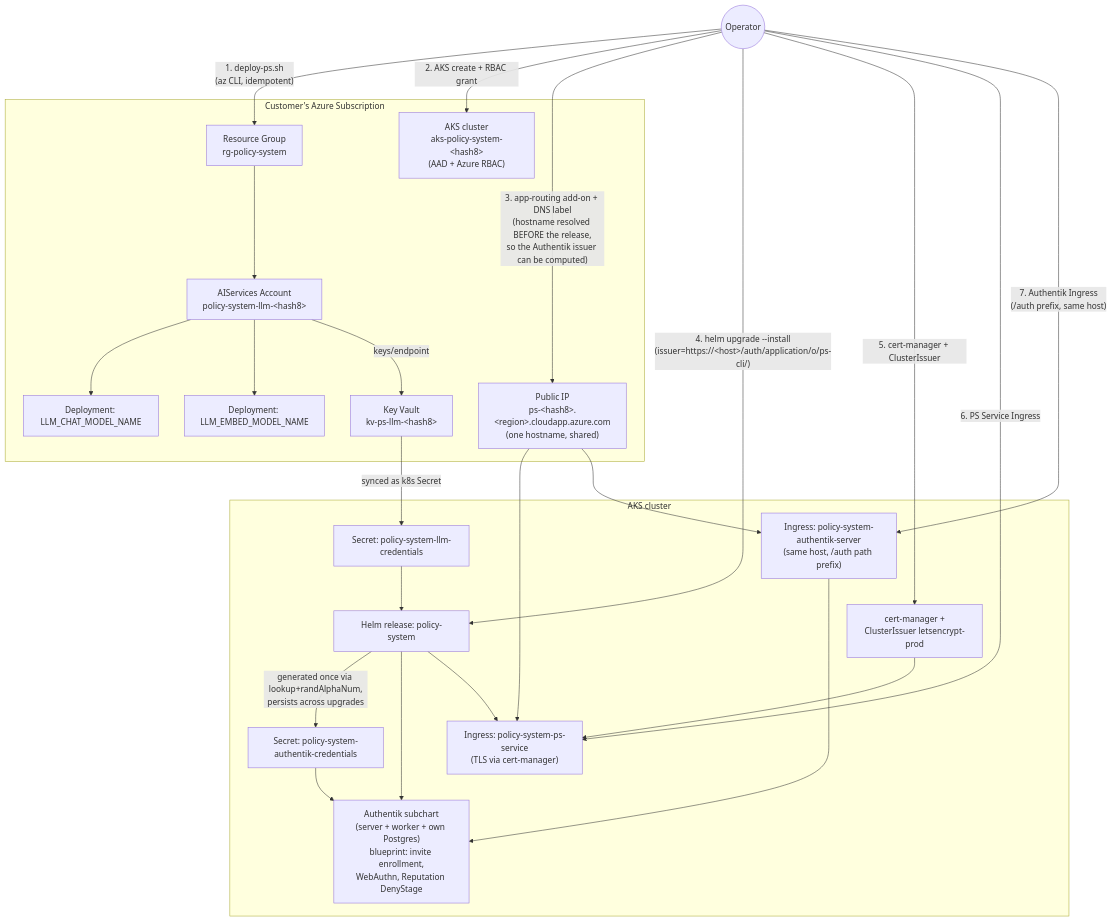
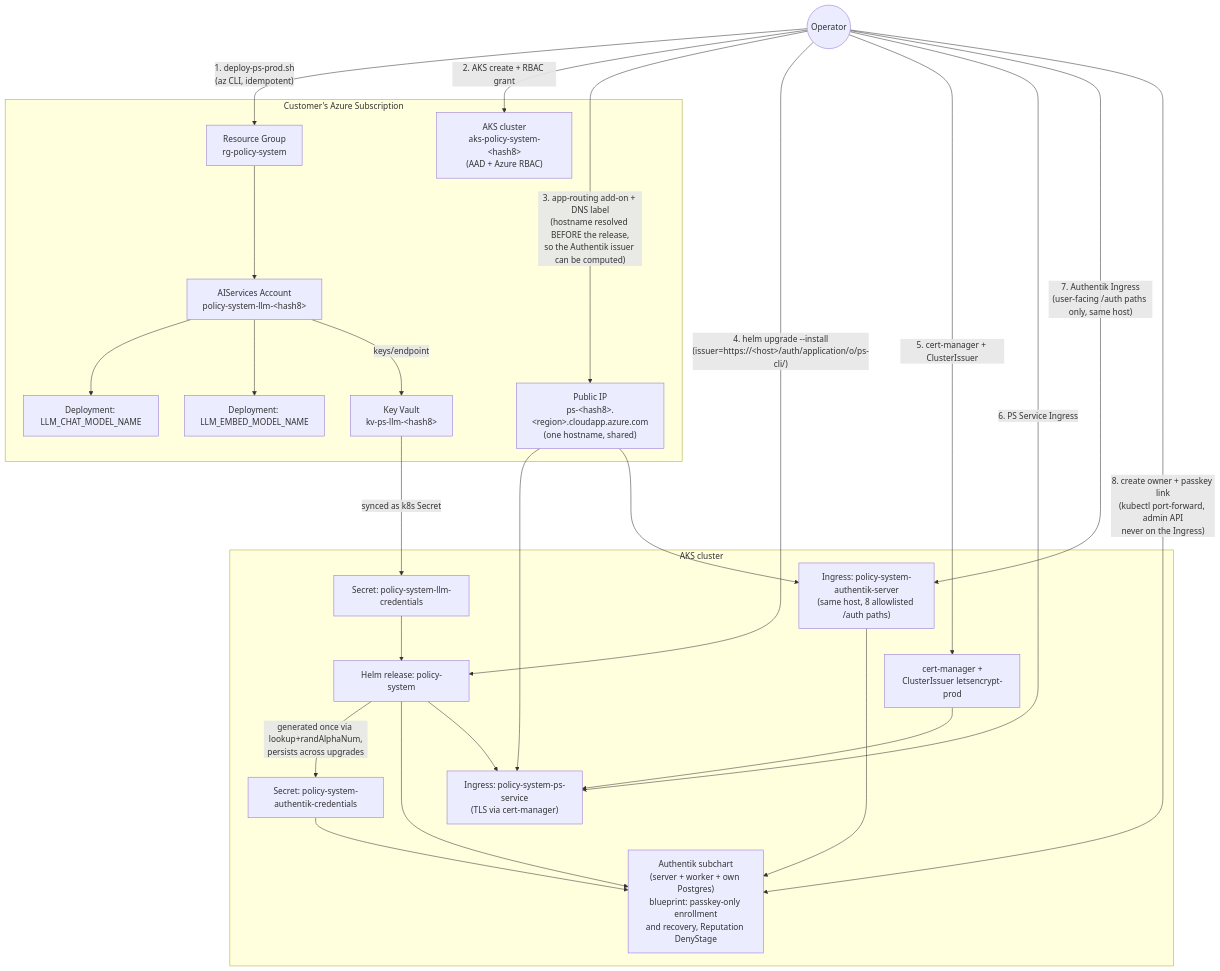
The diagram in docs/architecture/customer-azure-deployment.md (mindovermachine-dev/policy-system), drawn with Mermaid before and after one commit. The commit also changed other lines of this file and 95 other files, not shown here.

First line of the commit message:
feat(helm/deploy-ps): make the evaluator install path work end to end with passkey-only owner login - resolves #165

````diff
--- a/docs/architecture/customer-azure-deployment.md
+++ b/docs/architecture/customer-azure-deployment.md
@@ -82,45 +85,46 @@
 ```mermaid
 graph TB
     Operator((Operator))
 
     subgraph Azure["Customer's Azure Subscription"]
         RG["Resource Group\nrg-policy-system"]
         AIS["AIServices Account\npolicy-system-llm-&lt;hash8&gt;"]
         Dep1["Deployment: LLM_CHAT_MODEL_NAME"]
         Dep2["Deployment: LLM_EMBED_MODEL_NAME"]
         KV["Key Vault\nkv-ps-llm-&lt;hash8&gt;"]
         AKS["AKS cluster\naks-policy-system-&lt;hash8&gt;\n(AAD + Azure RBAC)"]
         PublicIP["Public IP\nps-&lt;hash8&gt;.&lt;region&gt;.cloudapp.azure.com\n(one hostname, shared)"]
     end
 
     subgraph Cluster["AKS cluster"]
         Secret["Secret: policy-system-llm-credentials"]
         AuthSecret["Secret: policy-system-authentik-credentials"]
-        Authentik["Authentik subchart\n(server + worker + own Postgres)\nblueprint: invite enrollment,\nWebAuthn, Reputation DenyStage"]
+        Authentik["Authentik subchart\n(server + worker + own Postgres)\nblueprint: passkey-only enrollment\nand recovery, Reputation DenyStage"]
         Release["Helm release: policy-system"]
         CertMgr["cert-manager +\nClusterIssuer letsencrypt-prod"]
         IngressPS["Ingress: policy-system-ps-service\n(TLS via cert-manager)"]
-        IngressAuth["Ingress: policy-system-authentik-server\n(same host, /auth path prefix)"]
+        IngressAuth["Ingress: policy-system-authentik-server\n(same host, 8 allowlisted /auth paths)"]
     end
 
-    Operator -- "1. deploy-ps.sh\n(az CLI, idempotent)" --> RG
+    Operator -- "1. deploy-ps-prod.sh\n(az CLI, idempotent)" --> RG
     RG --> AIS --> Dep1
     AIS --> Dep2
     AIS -- "keys/endpoint" --> KV
     Operator -- "2. AKS create + RBAC grant" --> AKS
     KV -- "synced as k8s Secret" --> Secret
     Operator -- "3. app-routing add-on + DNS label\n(hostname resolved BEFORE the release,\nso the Authentik issuer can be computed)" --> PublicIP
     Operator -- "4. helm upgrade --install\n(issuer=https://&lt;host&gt;/auth/application/o/ps-cli/)" --> Release
     Secret --> Release
     Release -- "generated once via lookup+randAlphaNum,\npersists across upgrades" --> AuthSecret
     AuthSecret --> Authentik
     Release --> Authentik
     Operator -- "5. cert-manager + ClusterIssuer" --> CertMgr
     Operator -- "6. PS Service Ingress" --> IngressPS
-    Operator -- "7. Authentik Ingress\n(/auth prefix, same host)" --> IngressAuth
+    Operator -- "7. Authentik Ingress\n(user-facing /auth paths only, same host)" --> IngressAuth
+    Operator -- "8. create owner + passkey link\n(kubectl port-forward, admin API\nnever on the Ingress)" --> Authentik
     PublicIP --> IngressPS
     PublicIP --> IngressAuth
     CertMgr --> IngressPS
     Release --> IngressPS
     IngressAuth --> Authentik
 ```
````
